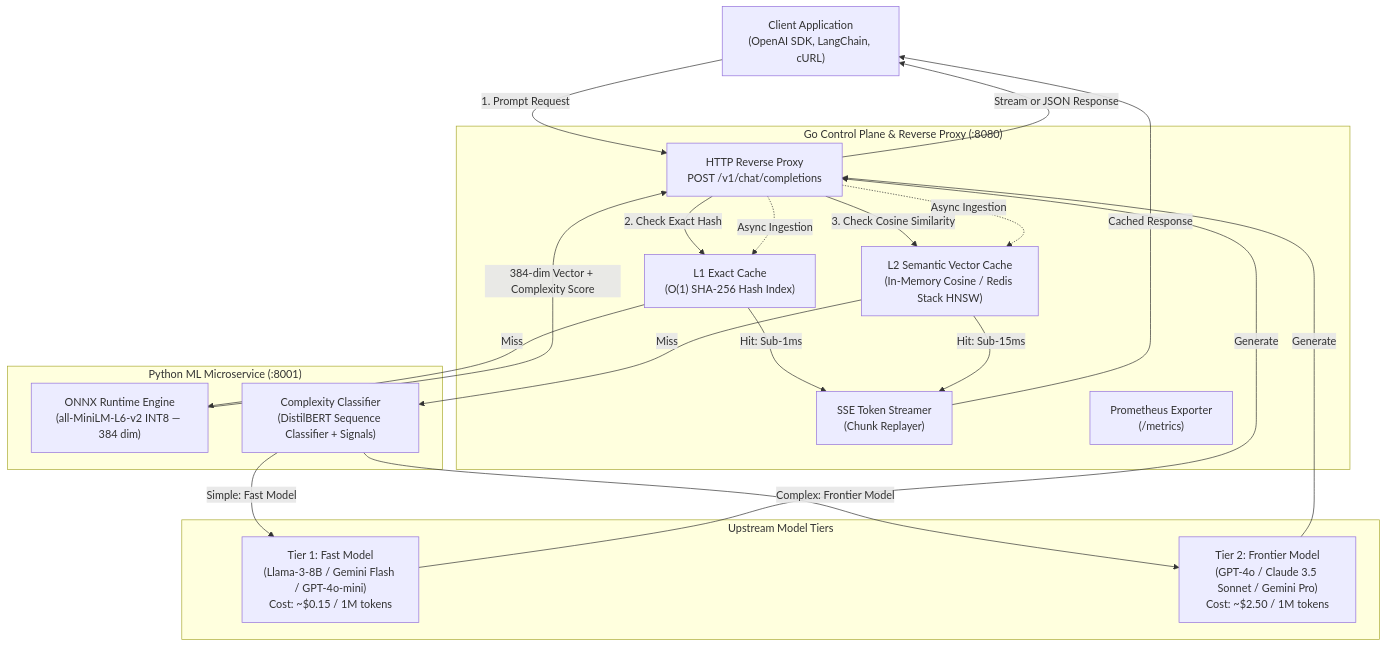
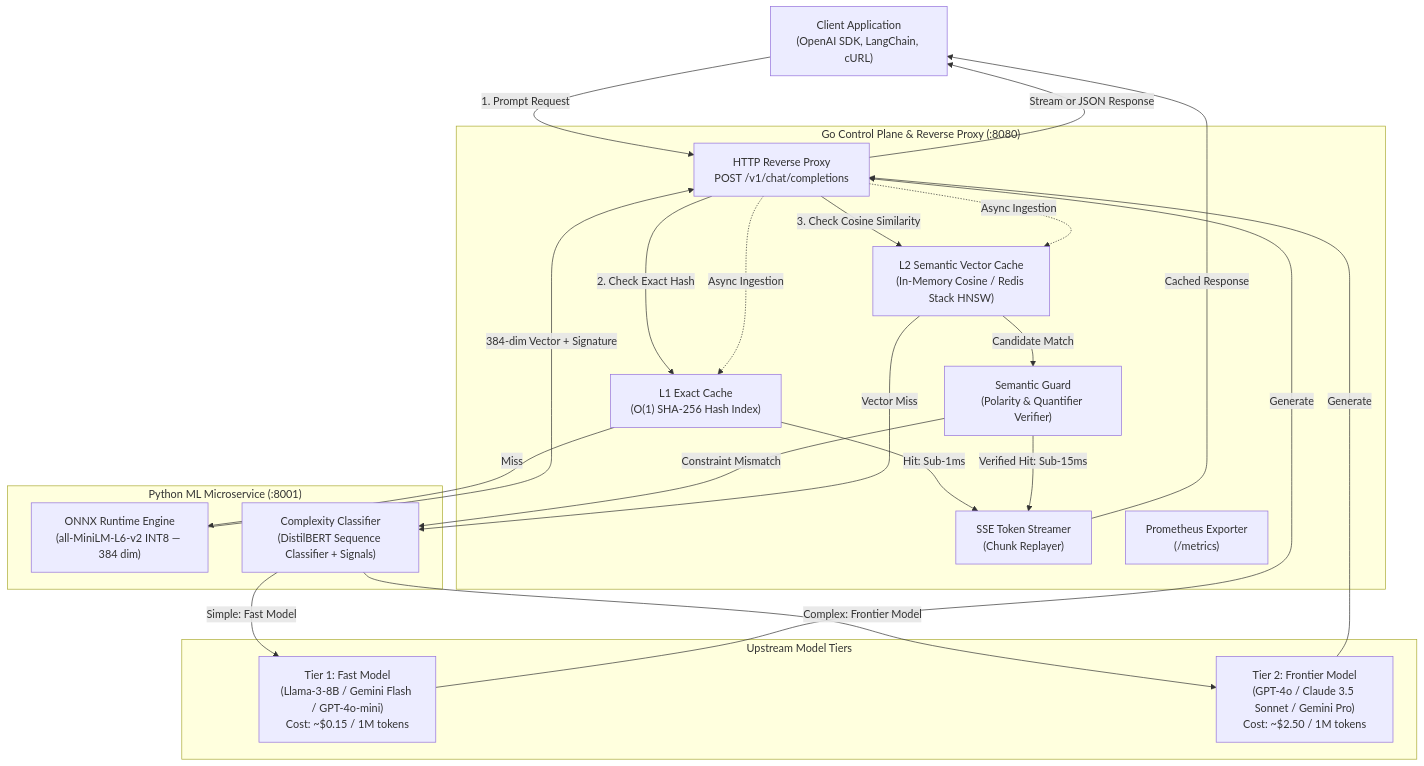
Before and after one commit to Soham251007/semantic-llm-cache-router: the diagram in README.md, drawn with Mermaid. The commit also changed other lines of this file and 9 other files, not shown here.

Commit message:
feat(cache): add two-stage semantic guard for quantifier and negation defense

````diff
--- a/README.md
+++ b/README.md
@@ -22,43 +22,46 @@
 ```mermaid
 flowchart TD
     Client["Client Application<br/>(OpenAI SDK, LangChain, cURL)"]
     
     subgraph ControlPlane ["Go Control Plane & Reverse Proxy (:8080)"]
         Proxy["HTTP Reverse Proxy<br/>POST /v1/chat/completions"]
         L1["L1 Exact Cache<br/>(O(1) SHA-256 Hash Index)"]
         L2["L2 Semantic Vector Cache<br/>(In-Memory Cosine / Redis Stack HNSW)"]
+        Guard["Semantic Guard<br/>(Polarity & Quantifier Verifier)"]
         Streamer["SSE Token Streamer<br/>(Chunk Replayer)"]
         Metrics["Prometheus Exporter<br/>(/metrics)"]
     end
     
     subgraph MLService ["Python ML Microservice (:8001)"]
         ONNX["ONNX Runtime Engine<br/>(all-MiniLM-L6-v2 INT8 — 384 dim)"]
         DistilBERT["Complexity Classifier<br/>(DistilBERT Sequence Classifier + Signals)"]
     end
     
     subgraph UpstreamTiers ["Upstream Model Tiers"]
         Tier1["Tier 1: Fast Model<br/>(Llama-3-8B / Gemini Flash / GPT-4o-mini)<br/>Cost: ~$0.15 / 1M tokens"]
         Tier2["Tier 2: Frontier Model<br/>(GPT-4o / Claude 3.5 Sonnet / Gemini Pro)<br/>Cost: ~$2.50 / 1M tokens"]
     end
 
     Client -->|1. Prompt Request| Proxy
     Proxy -->|2. Check Exact Hash| L1
     L1 -->|Hit: Sub-1ms| Streamer
     Streamer -->|Cached Response| Client
     
     L1 -->|Miss| ONNX
-    ONNX -->|384-dim Vector + Complexity Score| Proxy
+    ONNX -->|384-dim Vector + Signature| Proxy
     
     Proxy -->|3. Check Cosine Similarity| L2
-    L2 -->|Hit: Sub-15ms| Streamer
+    L2 -->|Candidate Match| Guard
+    Guard -->|Verified Hit: Sub-15ms| Streamer
     
-    L2 -->|Miss| DistilBERT
+    Guard -->|Constraint Mismatch| DistilBERT
+    L2 -->|Vector Miss| DistilBERT
     DistilBERT -->|Simple: Fast Model| Tier1
     DistilBERT -->|Complex: Frontier Model| Tier2
     
     Tier1 -->|Generate| Proxy
     Tier2 -->|Generate| Proxy
     Proxy -.->|Async Ingestion| L1
     Proxy -.->|Async Ingestion| L2
     Proxy -->|Stream or JSON Response| Client
 ```
````
